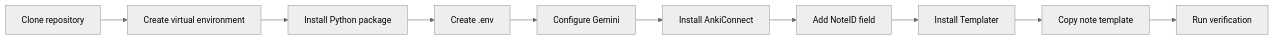
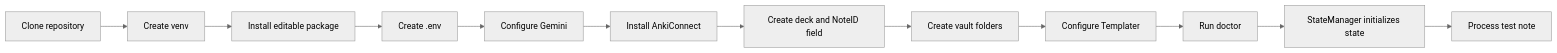
The diagram in docs/installation.md (NikaMalakmadze/Obsidian2Anki), drawn with Mermaid (neutral theme) before and after one commit. The commit also changed other lines of this file and 5 other files, not shown here.

````diff
--- a/docs/installation.md
+++ b/docs/installation.md
@@ -57,12 +66,14 @@
 ```mermaid
 flowchart LR
-    A[Clone repository] --> B[Create virtual environment]
-    B --> C[Install Python package]
+    A[Clone repository] --> B[Create venv]
+    B --> C[Install editable package]
     C --> D[Create .env]
     D --> E[Configure Gemini]
     E --> F[Install AnkiConnect]
-    F --> G[Add NoteID field]
-    G --> H[Install Templater]
-    H --> I[Copy note template]
-    I --> J[Run verification]
+    F --> G[Create deck and NoteID field]
+    G --> H[Create vault folders]
+    H --> I[Configure Templater]
+    I --> J[Run doctor]
+    J --> K[StateManager initializes state]
+    K --> L[Process test note]
 ```
````
